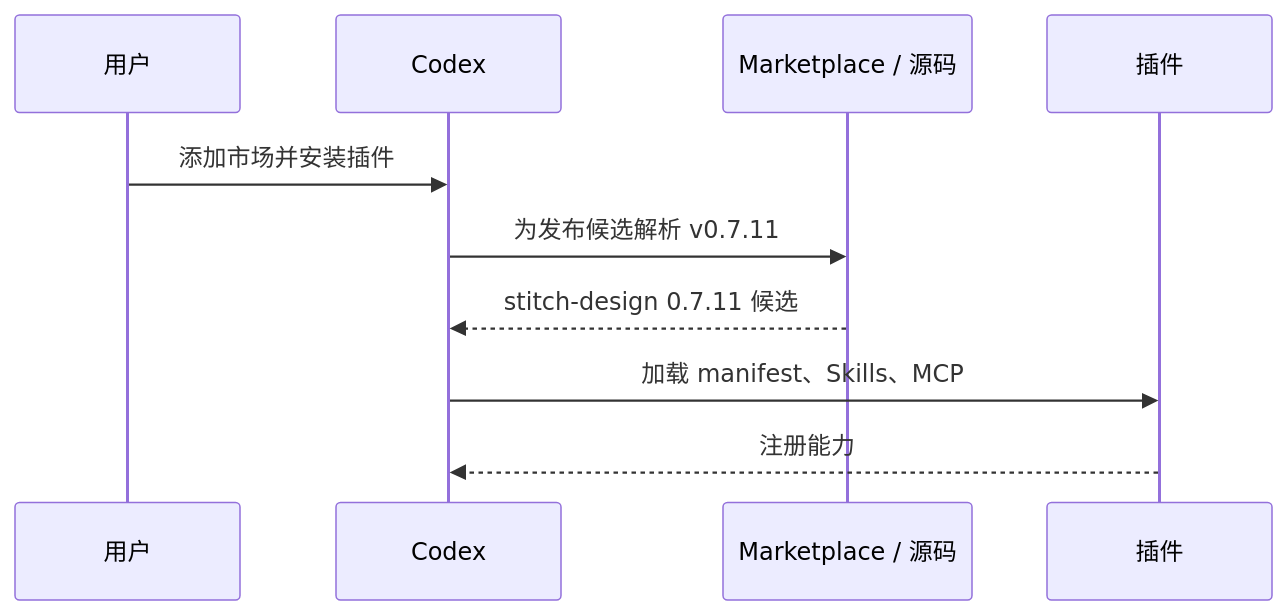
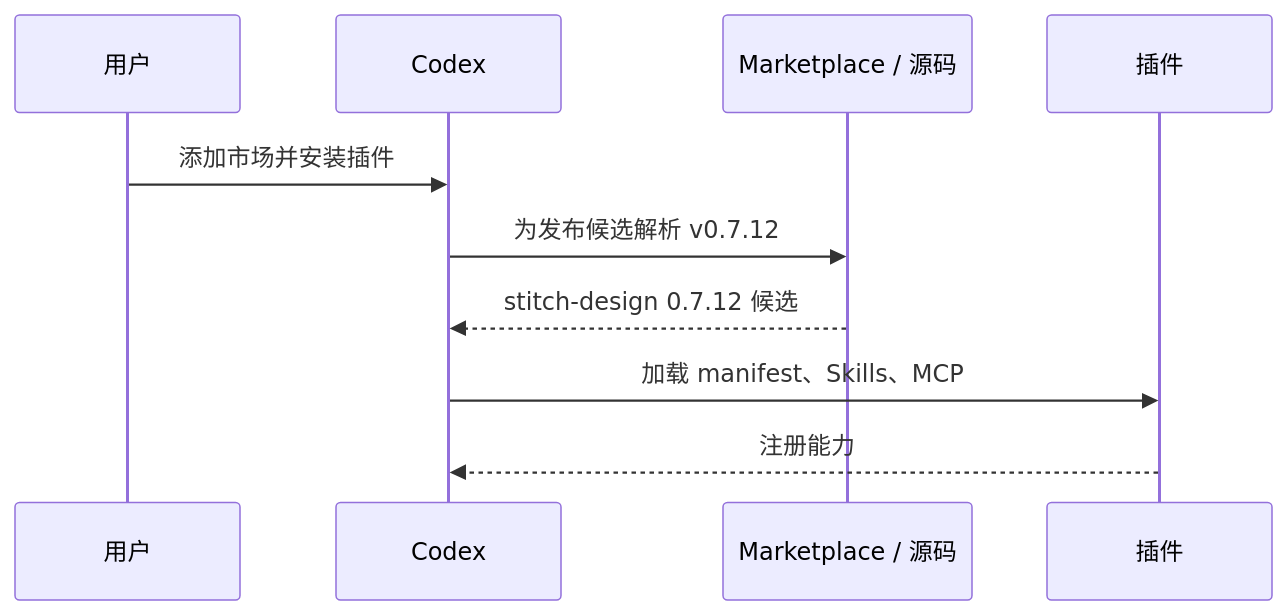
The seventh of 11 diagrams in docs/Stitch-Design-Architecture.zh_CN.md (full-stack-plugins/stitch-design-plugin), drawn with Mermaid before and after one commit. The commit also changed other lines of this file and 18 other files, not shown here.

````diff
--- a/docs/Stitch-Design-Architecture.zh_CN.md
+++ b/docs/Stitch-Design-Architecture.zh_CN.md
@@ -173,12 +173,12 @@
 ```mermaid
 sequenceDiagram
     participant U as 用户
     participant C as Codex
     participant M as Marketplace / 源码
     participant P as 插件
     U->>C: 添加市场并安装插件
-    C->>M: 为发布候选解析 v0.7.11
-    M-->>C: stitch-design 0.7.11 候选
+    C->>M: 为发布候选解析 v0.7.12
+    M-->>C: stitch-design 0.7.12 候选
     C->>P: 加载 manifest、Skills、MCP
     P-->>C: 注册能力
 ```
````
